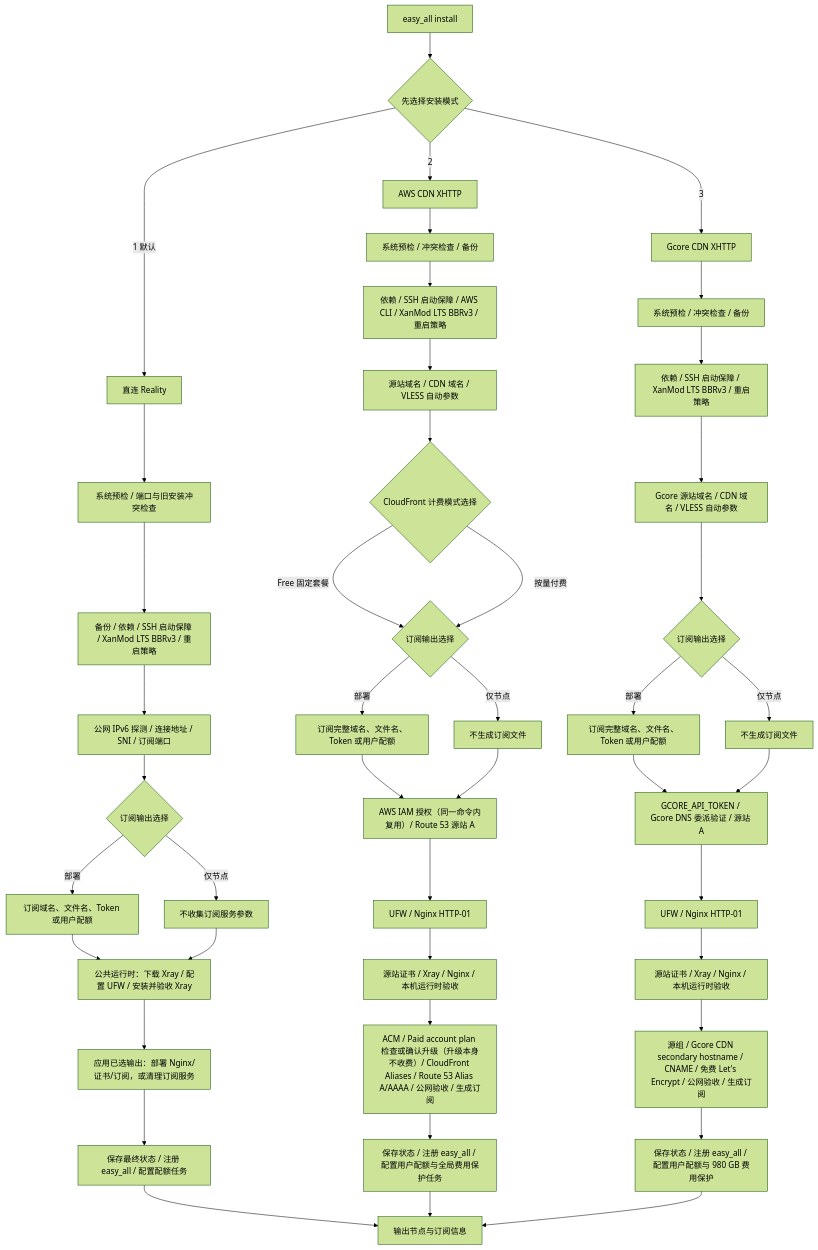
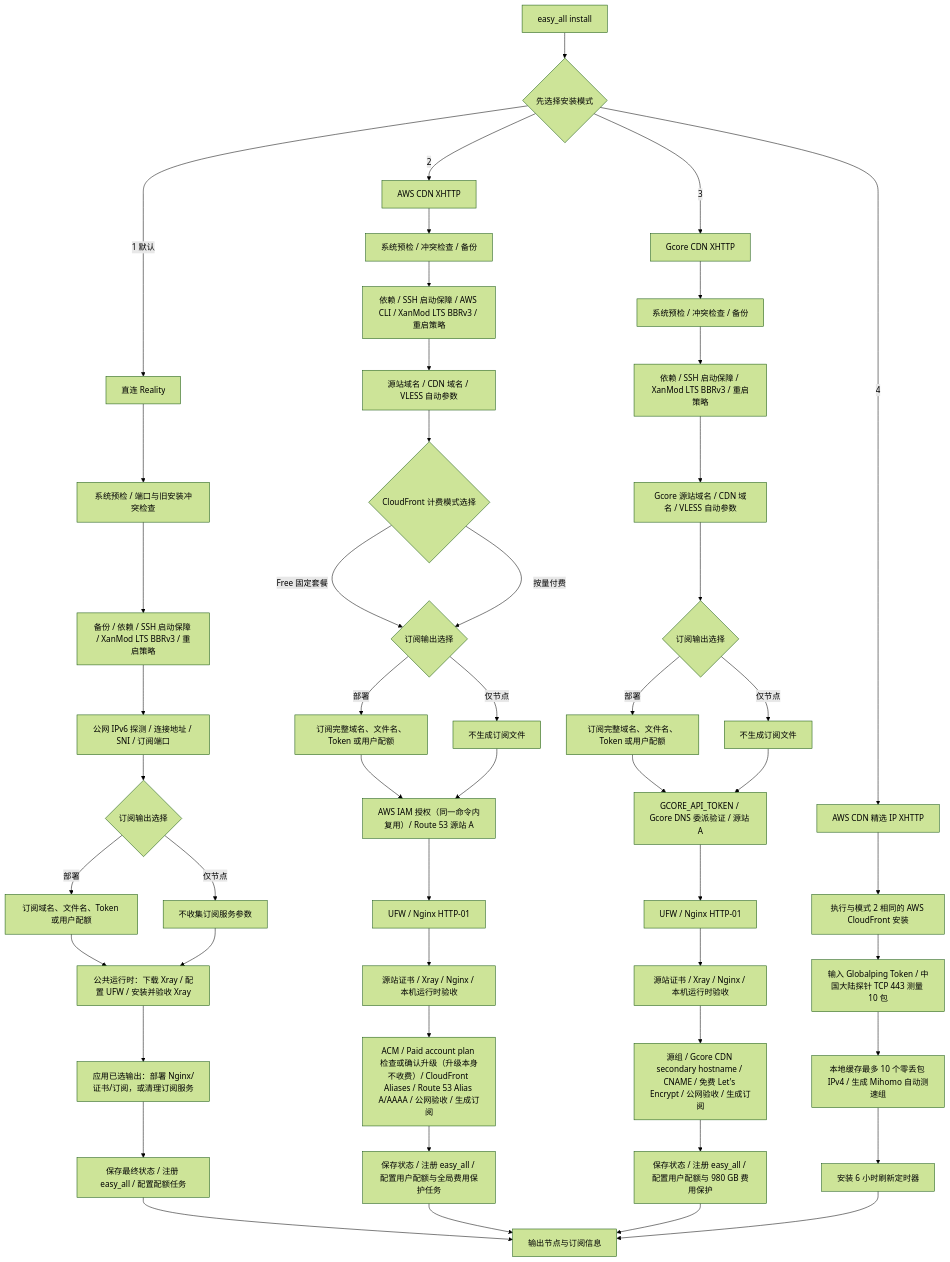
One commit to v2yiz/easy_all changed the diagram in README.md. Above: the diagram before and after it, drawn with Mermaid (forest theme). The commit also changed other lines of this file and 17 other files, not shown here.

````diff
--- a/README.md
+++ b/README.md
@@ -76,49 +78,56 @@
 ```mermaid
 flowchart TD
     A[easy_all install] --> B{先选择安装模式}
 
     B -->|1 默认| R0[直连 Reality]
     R0 --> R1[系统预检 / 端口与旧安装冲突检查]
     R1 --> R2[备份 / 依赖 / SSH 启动保障 / XanMod LTS BBRv3 / 重启策略]
     R2 --> R3[公网 IPv6 探测 / 连接地址 / SNI / 订阅端口]
     R3 --> R4{订阅输出选择}
     R4 -->|部署| R5[订阅域名、文件名、Token 或用户配额]
     R4 -->|仅节点| R6[不收集订阅服务参数]
     R5 --> R7[公共运行时：下载 Xray / 配置 UFW / 安装并验收 Xray]
     R6 --> R7
     R7 --> R8[应用已选输出：部署 Nginx/证书/订阅，或清理订阅服务]
     R8 --> R9[保存最终状态 / 注册 easy_all / 配置配额任务]
     R9 --> Z[输出节点与订阅信息]
 
     B -->|2| X0[AWS CDN XHTTP]
     X0 --> X1[系统预检 / 冲突检查 / 备份]
     X1 --> X2[依赖 / SSH 启动保障 / AWS CLI / XanMod LTS BBRv3 / 重启策略]
     X2 --> X3[源站域名 / CDN 域名 / VLESS 自动参数]
     X3 --> X3A{CloudFront 计费模式选择}
     X3A -->|Free 固定套餐| X4{订阅输出选择}
     X3A -->|按量付费| X4
     X4 -->|部署| X5[订阅完整域名、文件名、Token 或用户配额]
     X4 -->|仅节点| X6[不生成订阅文件]
     X5 --> X7[AWS IAM 授权（同一命令内复用）/ Route 53 源站 A]
     X6 --> X7
     X7 --> X8[UFW / Nginx HTTP-01]
     X8 --> X9[源站证书 / Xray / Nginx / 本机运行时验收]
     X9 --> X10[ACM / Paid account plan 检查或确认升级（升级本身不收费）/ CloudFront Aliases / Route 53 Alias A/AAAA / 公网验收 / 生成订阅]
     X10 --> X11[保存状态 / 注册 easy_all / 配置用户配额与全局费用保护任务]
     X11 --> Z
 
     B -->|3| G0[Gcore CDN XHTTP]
     G0 --> G1[系统预检 / 冲突检查 / 备份]
     G1 --> G2[依赖 / SSH 启动保障 / XanMod LTS BBRv3 / 重启策略]
     G2 --> G3[Gcore 源站域名 / CDN 域名 / VLESS 自动参数]
     G3 --> G4{订阅输出选择}
     G4 -->|部署| G5[订阅完整域名、文件名、Token 或用户配额]
     G4 -->|仅节点| G6[不生成订阅文件]
     G5 --> G7[GCORE_API_TOKEN / Gcore DNS 委派验证 / 源站 A]
     G6 --> G7
     G7 --> G8[UFW / Nginx HTTP-01]
     G8 --> G9[源站证书 / Xray / Nginx / 本机运行时验收]
     G9 --> G10[源组 / Gcore CDN secondary hostname / CNAME / 免费 Let's Encrypt / 公网验收 / 生成订阅]
     G10 --> G11[保存状态 / 注册 easy_all / 配置用户配额与 980 GB 费用保护]
     G11 --> Z
+
+    B -->|4| O0[AWS CDN 精选 IP XHTTP]
+    O0 --> O1[执行与模式 2 相同的 AWS CloudFront 安装]
+    O1 --> O2[输入 Globalping Token / 中国大陆探针 TCP 443 测量 10 包]
+    O2 --> O3[本地缓存最多 10 个零丢包 IPv4 / 生成 Mihomo 自动测速组]
+    O3 --> O4[安装 6 小时刷新定时器]
+    O4 --> Z
 ```
````
